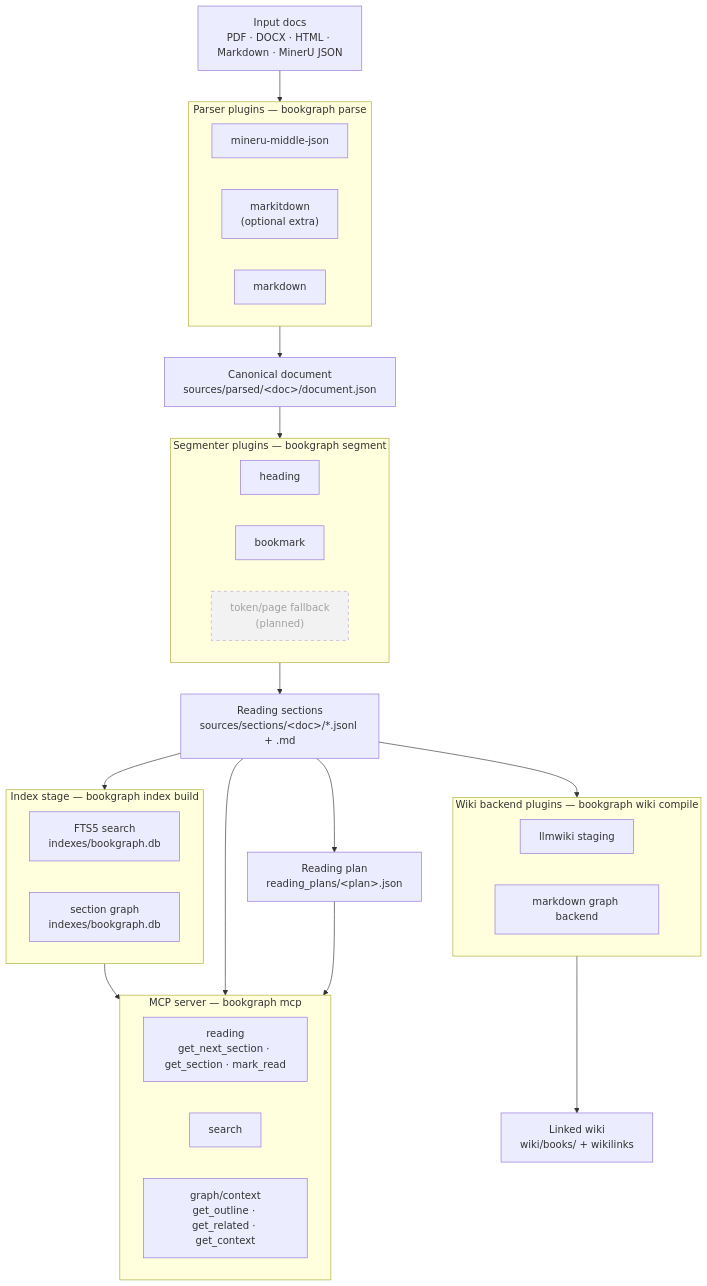
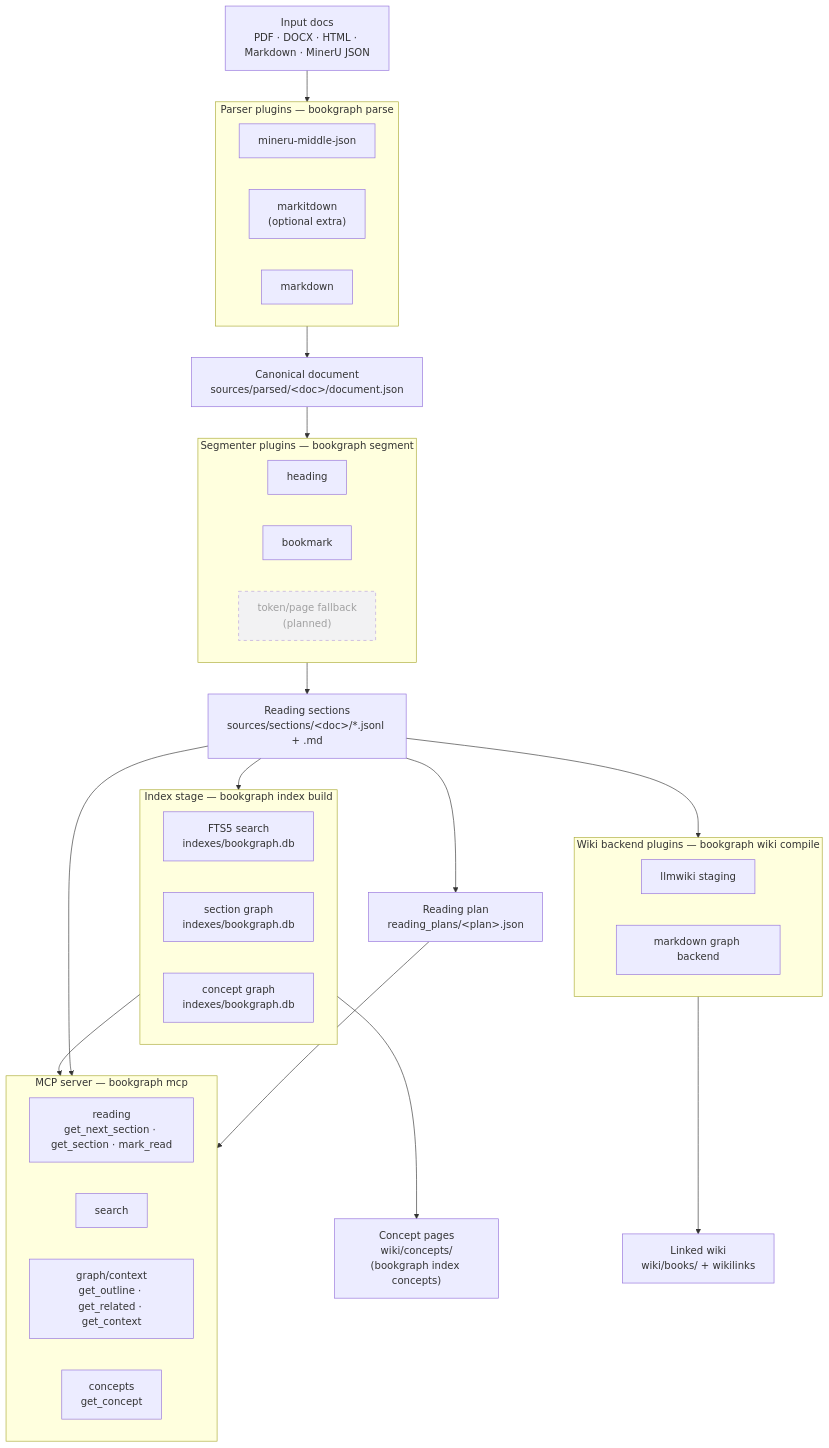
The diagram in README.md (chimeyrock999/bookgraph), drawn with Mermaid before and after one commit. The commit also changed other lines of this file and 15 other files, not shown here.

First line of the commit message:
feat: cross-book concept graph (index tables, get_concept, wiki/concepts) (#20)

````diff
--- a/README.md
+++ b/README.md
@@ -16,56 +16,59 @@
 ```mermaid
 flowchart TD
     docs["Input docs<br/>PDF · DOCX · HTML · Markdown · MinerU JSON"]
 
     docs --> P
 
     subgraph P["Parser plugins — bookgraph parse"]
         direction LR
         P1["mineru-middle-json"]
         P2["markitdown<br/>(optional extra)"]
         P3["markdown"]
     end
 
     P --> DOC["Canonical document<br/>sources/parsed/&lt;doc&gt;/document.json"]
     DOC --> S
 
     subgraph S["Segmenter plugins — bookgraph segment"]
         direction LR
         S1["heading"]
         S2["bookmark"]
         S3["token/page fallback<br/>(planned)"]:::planned
     end
 
     S --> SEC["Reading sections<br/>sources/sections/&lt;doc&gt;/*.jsonl + .md"]
 
     SEC --> IDX
     SEC --> RP["Reading plan<br/>reading_plans/&lt;plan&gt;.json"]
     SEC --> W
 
     subgraph IDX["Index stage — bookgraph index build"]
         direction LR
         IDX1["FTS5 search<br/>indexes/bookgraph.db"]
         IDX2["section graph<br/>indexes/bookgraph.db"]
+        IDX3["concept graph<br/>indexes/bookgraph.db"]
     end
 
     subgraph W["Wiki backend plugins — bookgraph wiki compile"]
         direction LR
         W1["llmwiki staging"]
         W2["markdown graph backend"]
     end
 
     W --> WIKI["Linked wiki<br/>wiki/books/ + wikilinks"]
+    IDX --> WIKIC["Concept pages<br/>wiki/concepts/<br/>(bookgraph index concepts)"]
 
     IDX --> MCP
     SEC --> MCP
     RP --> MCP
 
     subgraph MCP["MCP server — bookgraph mcp"]
         direction LR
         MCP1["reading<br/>get_next_section · get_section · mark_read"]
         MCP2["search"]
         MCP3["graph/context<br/>get_outline · get_related · get_context"]
+        MCP4["concepts<br/>get_concept"]
     end
 
     classDef planned stroke-dasharray:5,opacity:0.65;
 ```
````
